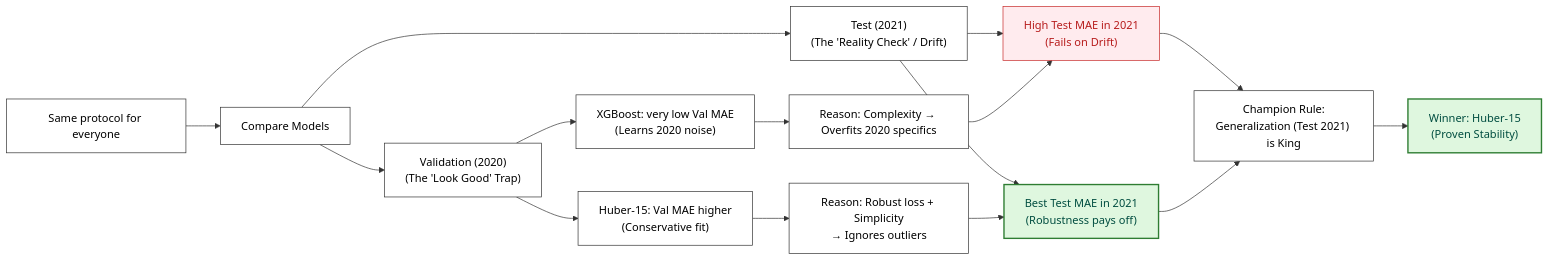
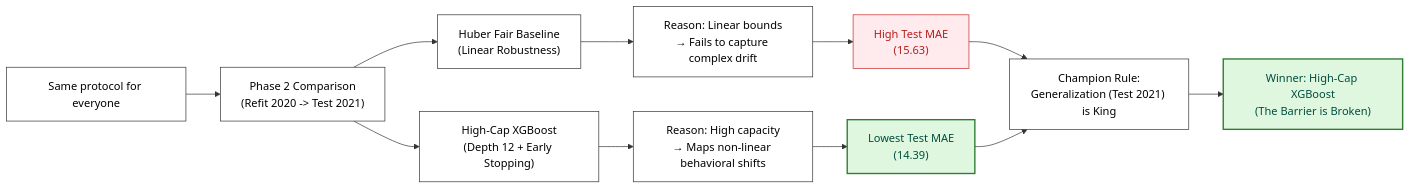
One commit to Daniel-ASG/PopForecast changed the diagram in IMPLEMENTATION_LOG.md. Above: the diagram before and after it, drawn with Mermaid. The commit also changed other lines of this file, not shown here.

First line of the commit message:
docs(log): rewrite Cycle 3 history to reflect Operational Refit and XGBoost champion

````diff
--- a/IMPLEMENTATION_LOG.md
+++ b/IMPLEMENTATION_LOG.md
@@ -473,30 +473,25 @@
 ```mermaid
 %%{init: {'theme': 'base', 'themeVariables': { 'primaryColor': '#ffffff', 'primaryTextColor': '#000000', 'primaryBorderColor': '#333333', 'lineColor': '#333333', 'tertiaryColor': '#ffffff'}}}%%
 flowchart LR
-    A["Same protocol for everyone"] --> B["Compare Models"]
-    B --> C["Validation (2020)<br/>(The 'Look Good' Trap)"]
-    B --> D["Test (2021)<br/>(The 'Reality Check' / Drift)"]
+    A["Same protocol for everyone"] --> B["Phase 2 Comparison<br/>(Refit 2020 -> Test 2021)"]
 
-    C --> XGB["XGBoost: very low Val MAE<br/>(Learns 2020 noise)"]
-    D --> XGBT["High Test MAE in 2021<br/>(Fails on Drift)"]
+    B --> HUB["Huber Fair Baseline<br/>(Linear Robustness)"]
+    B --> XGB["High-Cap XGBoost<br/>(Depth 12 + Early Stopping)"]
 
-    C --> HUB["Huber-15: Val MAE higher<br/>(Conservative fit)"]
-    D --> HUBT["Best Test MAE in 2021<br/>(Robustness pays off)"]
+    HUB --> F["Reason: Linear bounds<br/>→ Fails to capture complex drift"]
+    F --> HUBT["High Test MAE<br/>(15.63)"]
 
-    XGB --> E["Reason: Complexity → Overfits 2020 specifics"]
-    E --> XGBT
+    XGB --> E["Reason: High capacity<br/>→ Maps non-linear behavioral shifts"]
+    E --> XGBT["Lowest Test MAE<br/>(14.39)"]
 
-    HUB --> F["Reason: Robust loss + Simplicity<br/>→ Ignores outliers"]
-    F --> HUBT
+    HUBT --> G["Champion Rule:<br/>Generalization (Test 2021) is King"]
+    XGBT --> G
 
-    XGBT --> G["Champion Rule:<br/>Generalization (Test 2021) is King"]
-    HUBT --> G
-
-    G --> WIN["Winner: Huber-15<br/>(Proven Stability)"]
+    G --> WIN["Winner: High-Cap XGBoost<br/>(The Barrier is Broken)"]
 
     classDef win fill:#dff7df,stroke:#2e7d32,stroke-width:2px,color:#004d40;
     classDef lose fill:#ffebee,stroke:#c62828,stroke-width:1px,color:#b71c1c;
     classDef default fill:#ffffff,stroke:#333333,stroke-width:1px,color:#000000;
-    class WIN,HUBT win;
-    class XGBT lose;
+    class WIN,XGBT win;
+    class HUBT lose;
 ```
````
